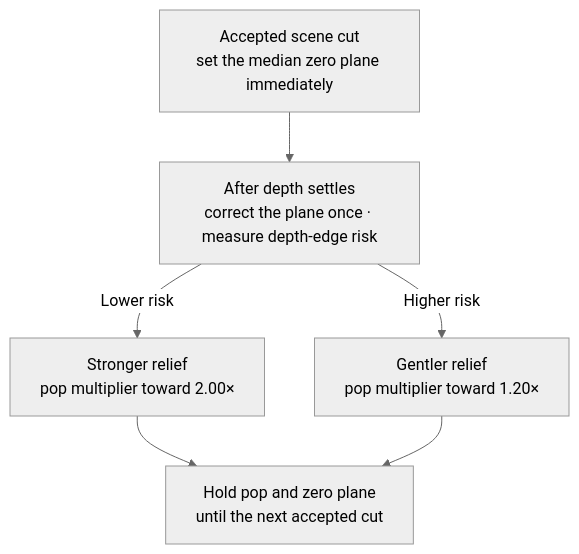
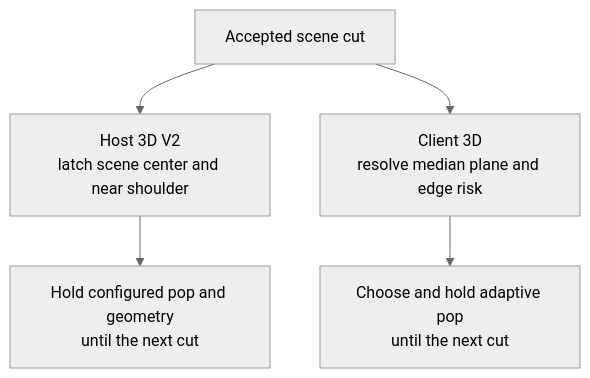
One commit to dcatcher9/Apollo-3D changed the second of 2 diagrams in README.md. Above: the diagram before and after it, drawn with Mermaid (neutral theme). The commit also changed other lines of this file and 46 other files, not shown here.

Commit message:
feat(host-sbs): ship depth coordinate v2 renderer

````diff
--- a/README.md
+++ b/README.md
@@ -130,9 +129,8 @@
 ```mermaid
 flowchart TD
-    CUT["Accepted scene cut<br/>set the median zero plane immediately"]
-    CUT --> SETTLE["After depth settles<br/>correct the plane once · measure depth-edge risk"]
-    SETTLE -->|"Lower risk"| MORE["Stronger relief<br/>pop multiplier toward 2.00×"]
-    SETTLE -->|"Higher risk"| LESS["Gentler relief<br/>pop multiplier toward 1.20×"]
-    MORE --> HOLD["Hold pop and zero plane<br/>until the next accepted cut"]
-    LESS --> HOLD
+    CUT["Accepted scene cut"]
+    CUT --> HOST["Host 3D V2<br/>latch scene center and near shoulder"]
+    CUT --> CLIENT["Client 3D<br/>resolve median plane and edge risk"]
+    HOST --> HOSTHOLD["Hold configured pop and geometry<br/>until the next cut"]
+    CLIENT --> CLIENTHOLD["Choose and hold adaptive pop<br/>until the next cut"]
 ```
````
